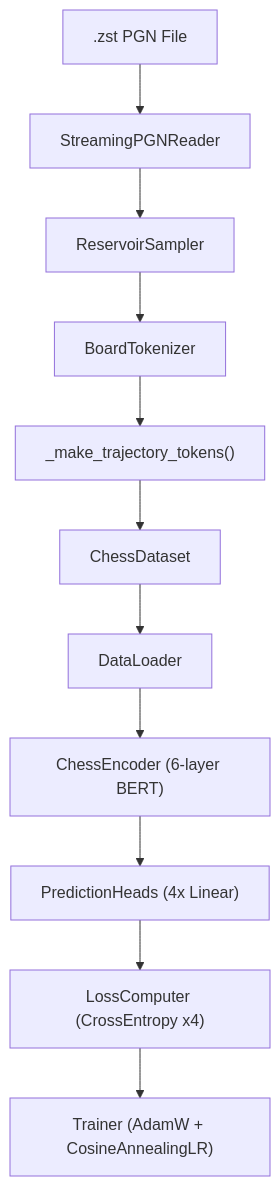
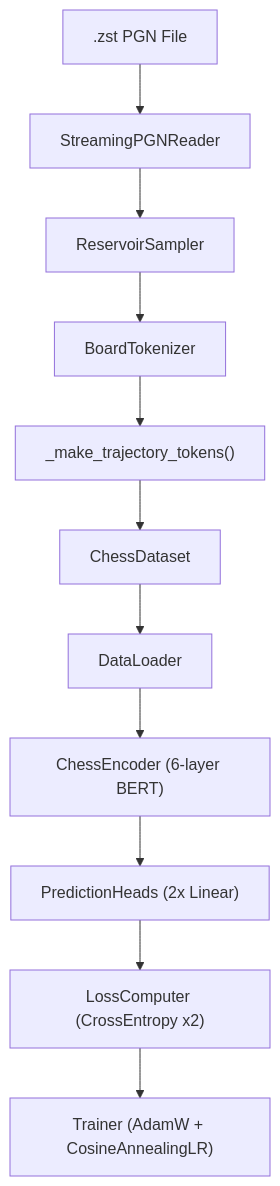
Before and after one commit to sombersomni/chess-policy-agent: the diagram in README.md, drawn with Mermaid. The commit also changed other lines of this file, not shown here.

Commit message:
docs: update README to reflect 2-head player-perspective architecture

````diff
--- a/README.md
+++ b/README.md
@@ -7,13 +7,13 @@
 ```mermaid
 graph TD
     PGN[".zst PGN File"] --> Reader["StreamingPGNReader"]
     Reader --> Sampler["ReservoirSampler"]
     Sampler --> Tokenizer["BoardTokenizer"]
     Tokenizer --> Trajectory["_make_trajectory_tokens()"]
     Trajectory --> Dataset["ChessDataset"]
     Dataset --> Loader["DataLoader"]
     Loader --> Encoder["ChessEncoder (6-layer BERT)"]
-    Encoder --> Heads["PredictionHeads (4x Linear)"]
-    Heads --> Loss["LossComputer (CrossEntropy x4)"]
+    Encoder --> Heads["PredictionHeads (2x Linear)"]
+    Heads --> Loss["LossComputer (CrossEntropy x2)"]
     Loss --> Trainer["Trainer (AdamW + CosineAnnealingLR)"]
 ```
````
